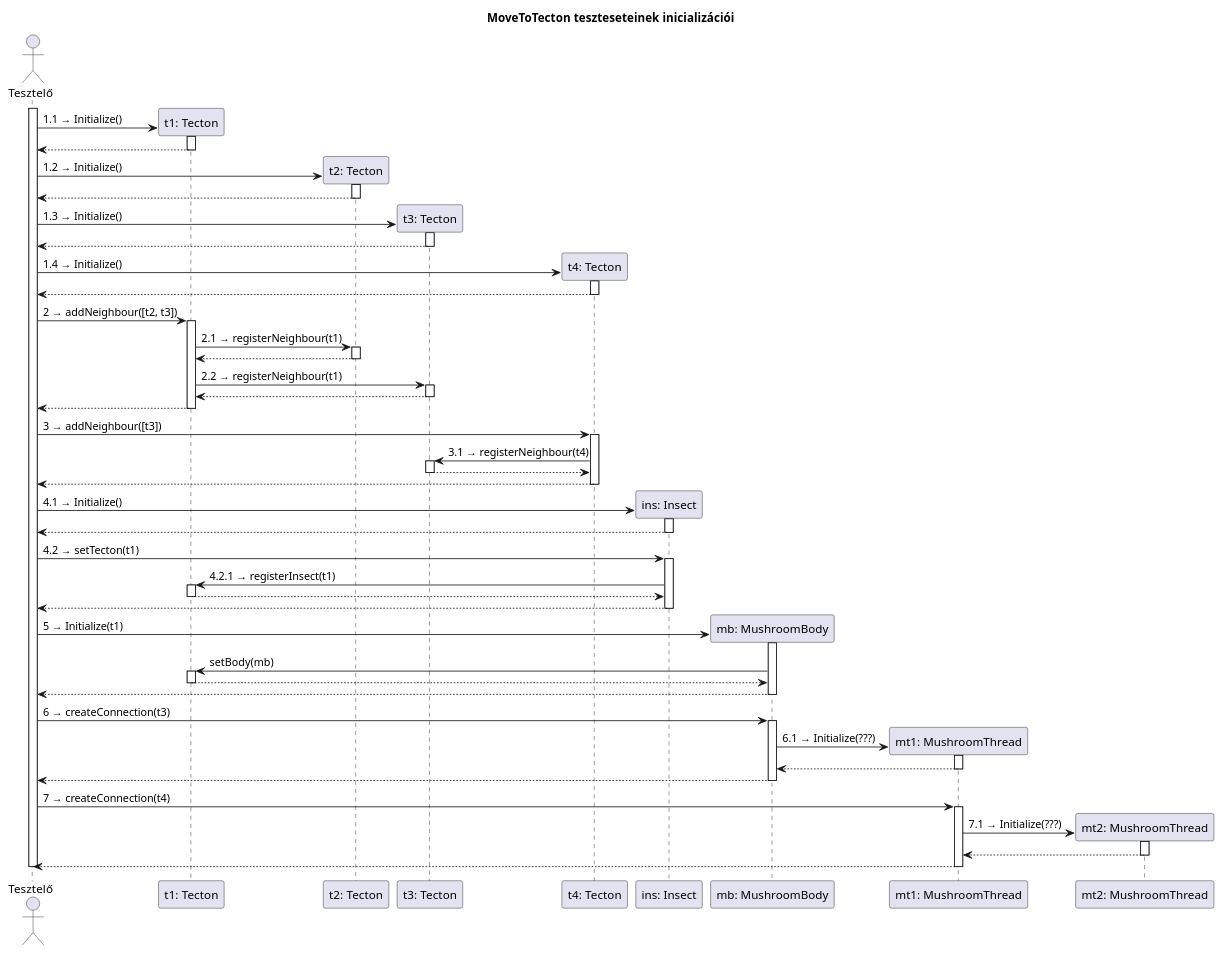
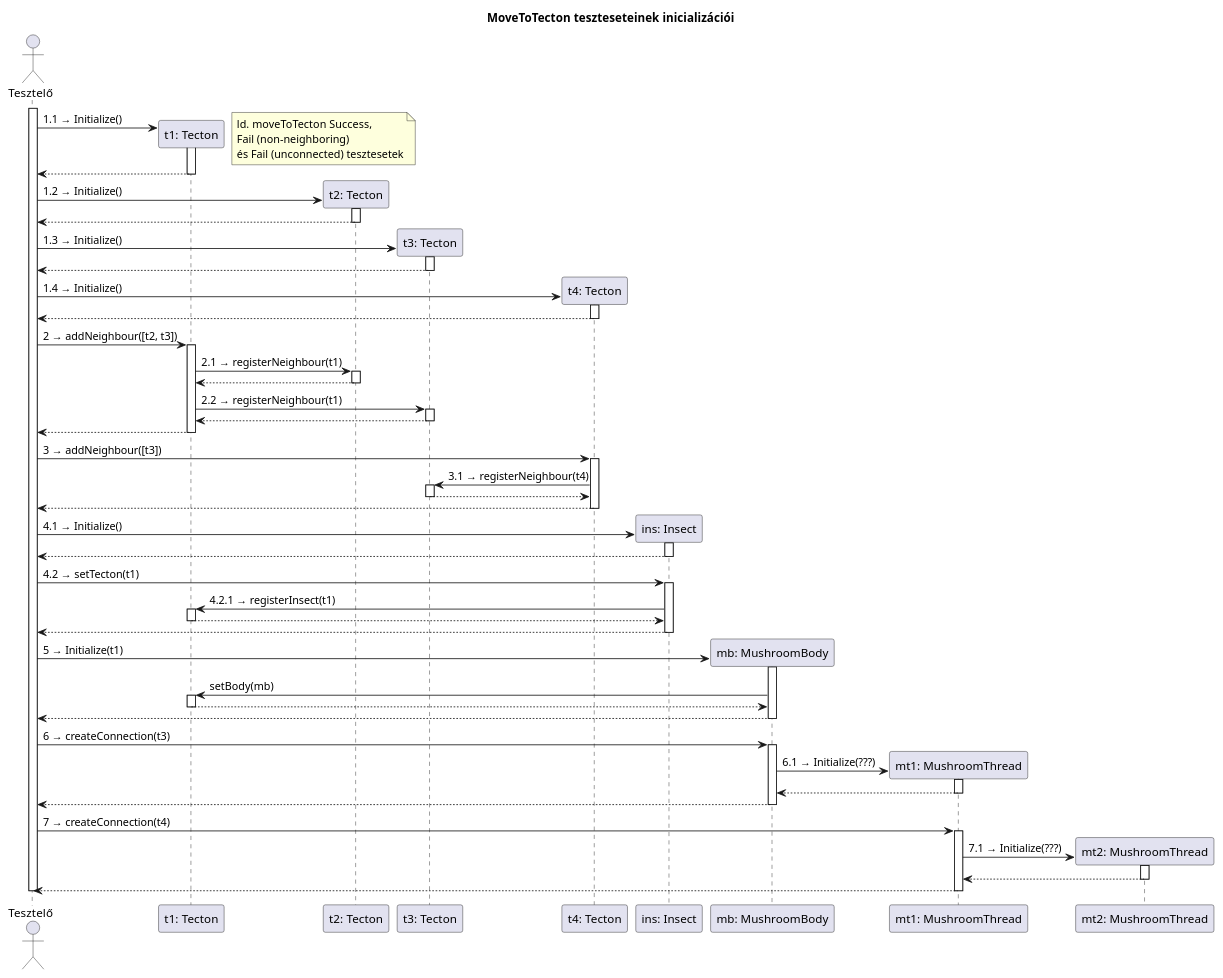
The diagram in diagrams/test-sequence/insect/moveToTectonInitFlow.plantuml (dzsem/projlab), drawn with PlantUML before and after one commit. The commit also changed 5 other files, not shown here.

```diff
--- a/diagrams/test-sequence/insect/moveToTectonInitFlow.plantuml
+++ b/diagrams/test-sequence/insect/moveToTectonInitFlow.plantuml
@@ -1,124 +1,125 @@
 @startuml moveToTectonInitFlow
 
 title MoveToTecton teszteseteinek inicializációi
 
 actor Tesztelő as tester
 
 activate tester
 
 create participant "t1: Tecton" as t1
 tester -> t1: 1.1 → Initialize()
+note right: ld. moveToTecton Success,\nFail (non-neighboring)\nés Fail (unconnected) tesztesetek
 activate t1
 
 tester <-- t1
 deactivate t1
 
 create participant "t2: Tecton" as t2
 tester -> t2: 1.2 → Initialize()
 activate t2
 
 tester <-- t2
 deactivate t2
 
 create participant "t3: Tecton" as t3
 tester -> t3: 1.3 → Initialize()
 activate t3
 
 tester <-- t3
 deactivate t3
 
 create participant "t4: Tecton" as t4
 tester -> t4: 1.4 → Initialize()
 activate t4
 
 tester <-- t4
 deactivate t4
 
 tester -> t1: 2 → addNeighbour([t2, t3])
 activate t1
 
 	t1 -> t2: 2.1 → registerNeighbour(t1)
 	activate t2
 
 	t1 <-- t2
 	deactivate t2
 
 	t1 -> t3: 2.2 → registerNeighbour(t1)
 	activate t3
 
 	t1 <-- t3
 	deactivate t3
 
 tester <-- t1
 deactivate t1
 
 
 tester -> t4: 3 → addNeighbour([t3])
 activate t4
 
 	t4 -> t3: 3.1 → registerNeighbour(t4)
 	activate t3
 
 	t4 <-- t3
 	deactivate t3
 
 tester <-- t4
 deactivate t4
 
 create participant "ins: Insect" as ins
 tester -> ins: 4.1 → Initialize()
 activate ins
 
 tester <-- ins
 deactivate ins
 
 tester -> ins: 4.2 → setTecton(t1)
 activate ins
 
 	ins -> t1: 4.2.1 → registerInsect(t1)
 	activate t1
 
 	ins <-- t1
 	deactivate t1
 
 tester <-- ins
 deactivate ins
 
 create participant "mb: MushroomBody" as mb
 tester -> mb: 5 → Initialize(t1)
 activate mb
 
 	mb -> t1: setBody(mb)
 	activate t1
 
 	mb <-- t1
 	deactivate t1
 
 tester <-- mb
 deactivate mb
 
 tester -> mb: 6 → createConnection(t3)
 activate mb
 	create participant "mt1: MushroomThread" as mt1
 	mb -> mt1: 6.1 → Initialize(???)
 	activate mt1
 
 	mb <-- mt1
 	deactivate mt1
 tester <-- mb
 deactivate mb
 
 tester -> mt1: 7 → createConnection(t4)
 activate mt1
 	create participant "mt2: MushroomThread" as mt2
 	mt1 -> mt2: 7.1 → Initialize(???)
 	activate mt2
 
 	mt1 <-- mt2
 	deactivate mt2
 tester <-- mt1
 deactivate mt1
 
 deactivate tester
 
 @enduml
```
